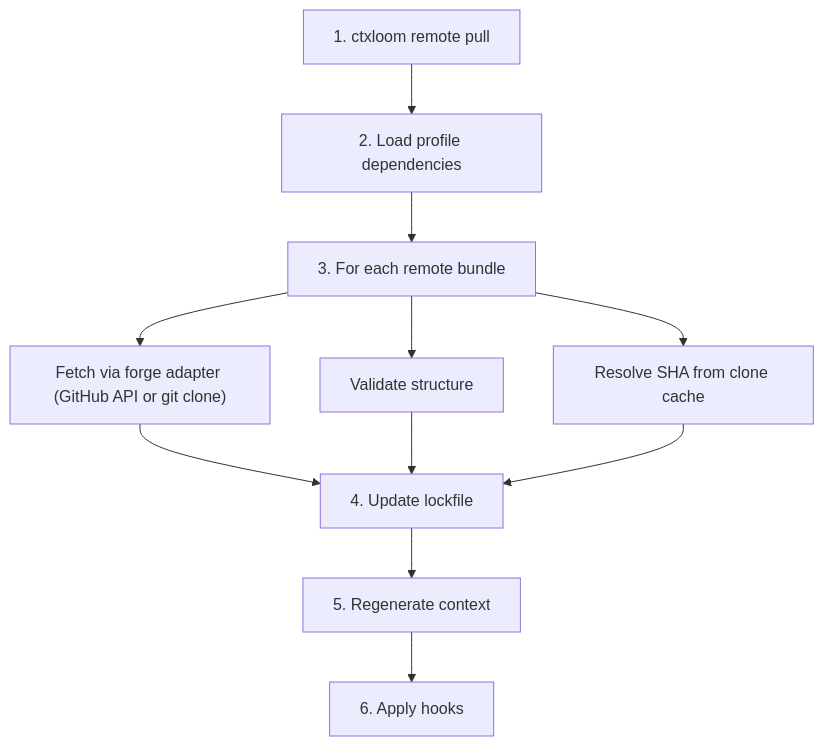
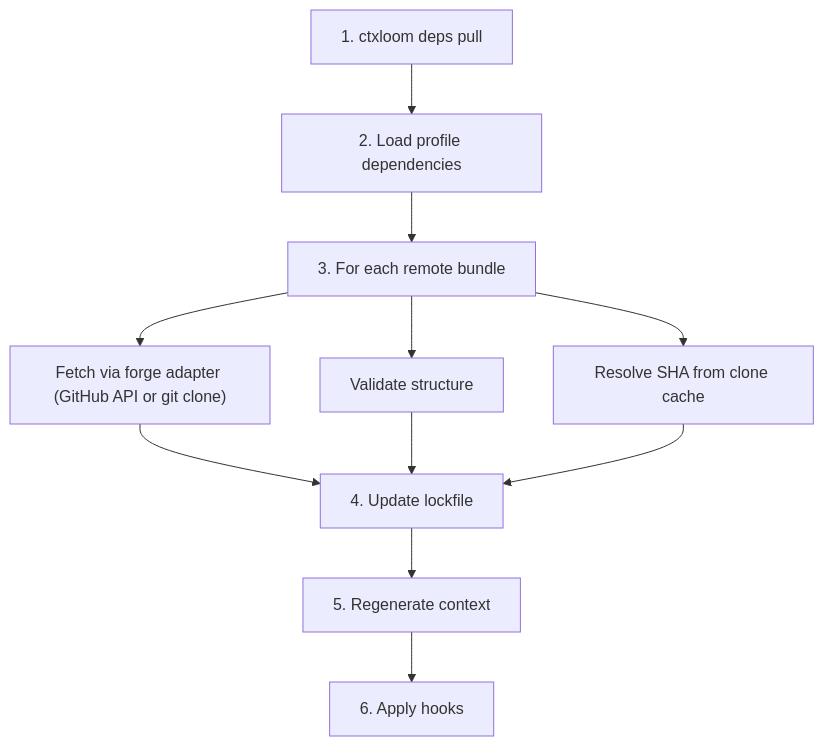
The fourth of 5 diagrams in website/src/content/docs/concepts/architecture.md (ctxloom/ctxloom), drawn with Mermaid before and after one commit. The commit also changed 150 other files, not shown here.

````diff
--- a/website/src/content/docs/concepts/architecture.md
+++ b/website/src/content/docs/concepts/architecture.md
@@ -218,13 +218,13 @@
 ```mermaid
 flowchart TD
-    A["1. ctxloom remote pull"] --> B["2. Load profile dependencies"]
+    A["1. ctxloom deps pull"] --> B["2. Load profile dependencies"]
     B --> C["3. For each remote bundle"]
     C --> D["Fetch via forge adapter (GitHub API or git clone)"]
     C --> E["Validate structure"]
     C --> F["Resolve SHA from clone cache"]
     D --> G["4. Update lockfile"]
     E --> G
     F --> G
     G --> H["5. Regenerate context"]
     H --> I["6. Apply hooks"]
 ```
````
